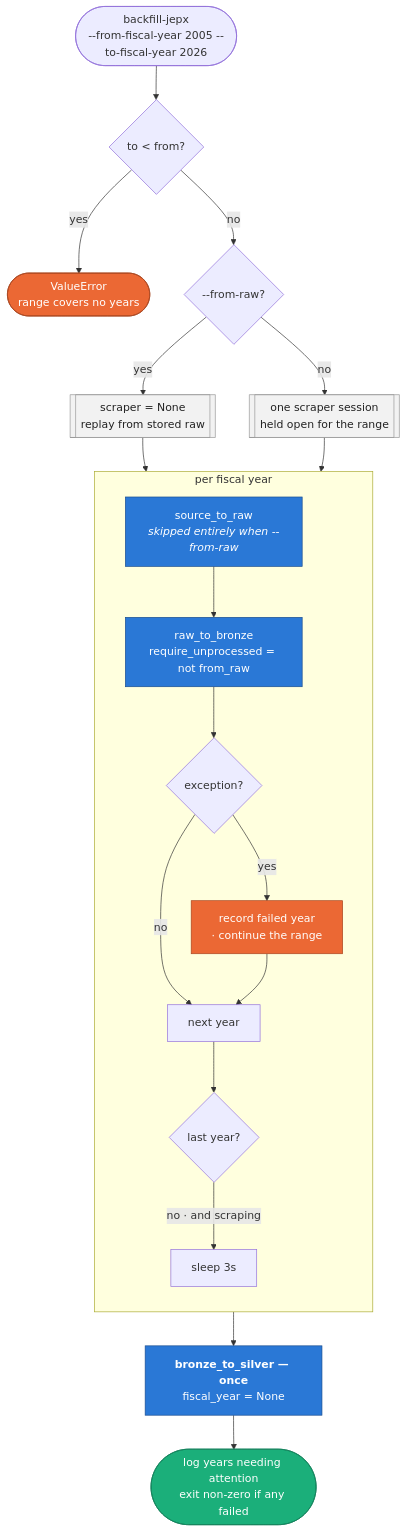
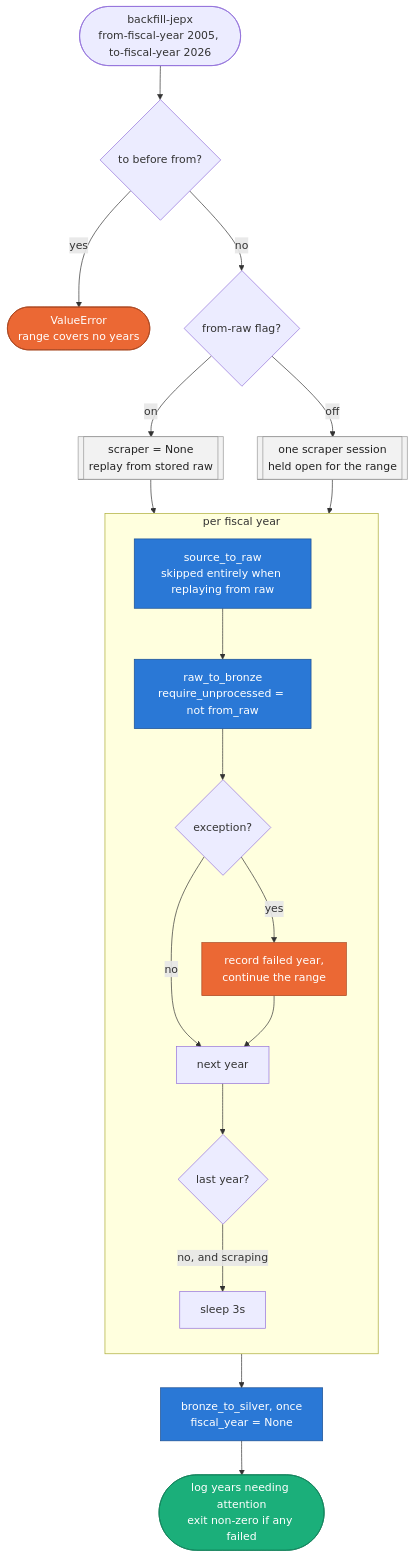
Before and after one commit to KeitaMasui1119/data-lab: the second of 2 diagrams in docs/architecture/pl_jepx_spot_price_design.md, drawn with Mermaid. The commit also changed other lines of this file, not shown here.

First line of the commit message:
fix(docs): make the JEPX mermaid diagrams survive naive extraction (#103)

````diff
--- a/docs/architecture/pl_jepx_spot_price_design.md
+++ b/docs/architecture/pl_jepx_spot_price_design.md
@@ -107,39 +94,33 @@
 ```mermaid
 flowchart TD
-    START(["backfill-jepx<br/>--from-fiscal-year 2005 --to-fiscal-year 2026"]) --> GUARD
-
-    GUARD{"to &lt; from?"} -- "yes" --> ERR(["ValueError<br/>range covers no years"])
-    GUARD -- "no" --> MODE
-
-    MODE{"--from-raw?"}
-    MODE -- "yes" --> NOSCRAPE[["scraper = None<br/>replay from stored raw"]]
-    MODE -- "no" --> SCRAPER[["one scraper session<br/>held open for the range"]]
-
-    NOSCRAPE --> LOOP
-    SCRAPER --> LOOP
-
-    subgraph LOOP ["per fiscal year"]
-        direction TB
-        YRAW["source_to_raw<br/><i>skipped entirely when --from-raw</i>"]
-        YRAW --> YBRONZE["raw_to_bronze<br/>require_unprocessed = not from_raw"]
-        YBRONZE --> YERR{"exception?"}
-        YERR -- "yes" --> RECORD["record failed year<br/>· continue the range"]
-        YERR -- "no" --> NEXT["next year"]
-        RECORD --> NEXT
-        NEXT --> DELAY{"last year?"}
-        DELAY -- "no · and scraping" --> SLEEP["sleep 3s"]
-    end
-
-    LOOP --> SILVER["<b>bronze_to_silver — once</b><br/>fiscal_year = None"]
-    SILVER --> REPORT(["log years needing attention<br/>exit non-zero if any failed"])
-
-    classDef step fill:#2a78d6,stroke:#1a4d8f,color:#fff
-    classDef ok fill:#1baf7a,stroke:#12805a,color:#fff
-    classDef bad fill:#eb6834,stroke:#a8461f,color:#fff
-    classDef data fill:#f2f2f2,stroke:#999,color:#222
-
-    class YRAW,YBRONZE,SILVER step
-    class REPORT ok
-    class ERR,RECORD bad
-    class NOSCRAPE,SCRAPER data
+START(["backfill-jepx<br/>from-fiscal-year 2005, to-fiscal-year 2026"]) --> GUARD
+GUARD{"to before from?"}
+GUARD -->|"yes"| ERR(["ValueError<br/>range covers no years"])
+GUARD -->|"no"| MODE
+MODE{"from-raw flag?"}
+MODE -->|"on"| NOSCRAPE[["scraper = None<br/>replay from stored raw"]]
+MODE -->|"off"| SCRAPER[["one scraper session<br/>held open for the range"]]
+NOSCRAPE --> YRAW
+SCRAPER --> YRAW
+subgraph LOOP["per fiscal year"]
+direction TB
+YRAW["source_to_raw<br/>skipped entirely when replaying from raw"]
+YRAW --> YBRONZE["raw_to_bronze<br/>require_unprocessed = not from_raw"]
+YBRONZE --> YERR{"exception?"}
+YERR -->|"yes"| RECORD["record failed year,<br/>continue the range"]
+YERR -->|"no"| NEXT["next year"]
+RECORD --> NEXT
+NEXT --> DELAY{"last year?"}
+DELAY -->|"no, and scraping"| SLEEP["sleep 3s"]
+end
+LOOP --> SILVER["bronze_to_silver, once<br/>fiscal_year = None"]
+SILVER --> REPORT(["log years needing attention<br/>exit non-zero if any failed"])
+classDef step fill:#2a78d6,stroke:#1a4d8f,color:#ffffff
+classDef ok fill:#1baf7a,stroke:#12805a,color:#ffffff
+classDef bad fill:#eb6834,stroke:#a8461f,color:#ffffff
+classDef data fill:#f2f2f2,stroke:#999999,color:#222222
+class YRAW,YBRONZE,SILVER step
+class REPORT ok
+class ERR,RECORD bad
+class NOSCRAPE,SCRAPER data
 ```
````
